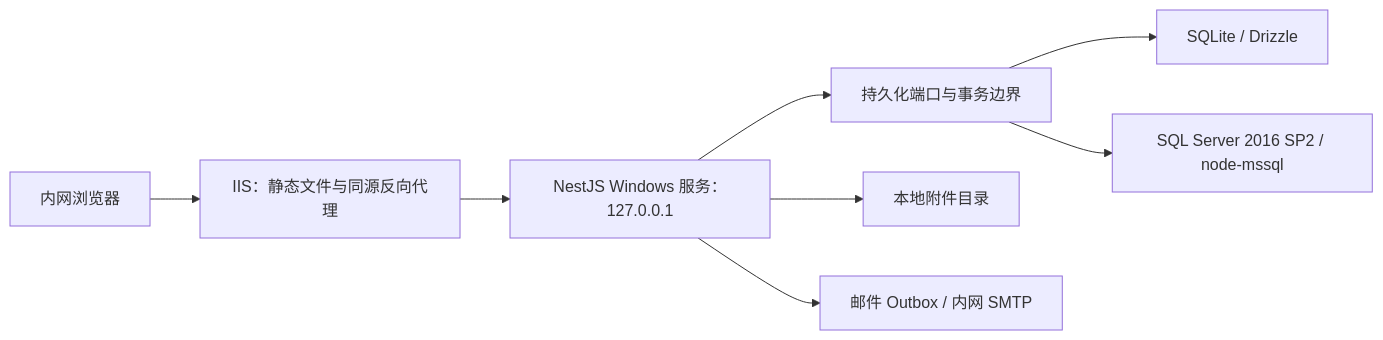
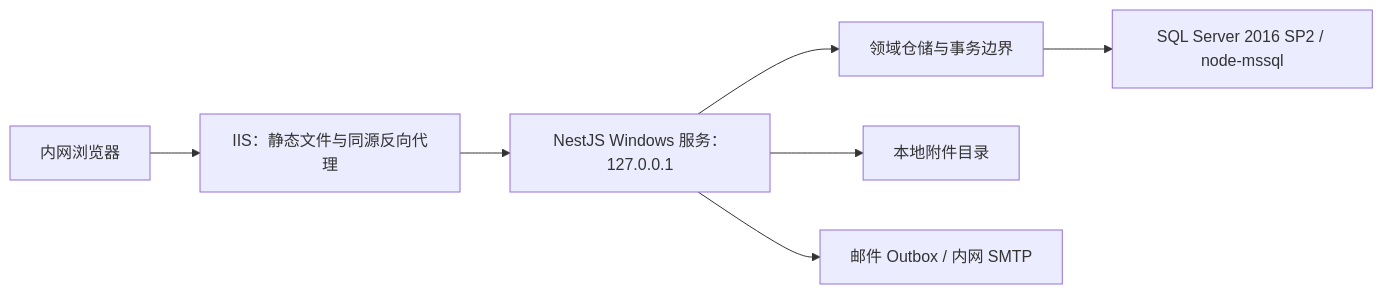
The diagram in document/BACKEND_IMPLEMENTATION_DESIGN.md (hdp00/processSite), drawn with Mermaid before and after one commit. The commit also changed other lines of this file and 10 other files, not shown here.

````diff
--- a/document/BACKEND_IMPLEMENTATION_DESIGN.md
+++ b/document/BACKEND_IMPLEMENTATION_DESIGN.md
@@ -28,10 +28,9 @@
 ```mermaid
 flowchart LR
     B["内网浏览器"] --> I["IIS：静态文件与同源反向代理"]
     I --> N["NestJS Windows 服务：127.0.0.1"]
-    N --> P["持久化端口与事务边界"]
-    P --> S["SQLite / Drizzle"]
+    N --> P["领域仓储与事务边界"]
     P --> M["SQL Server 2016 SP2 / node-mssql"]
     N --> F["本地附件目录"]
     N --> O["邮件 Outbox / 内网 SMTP"]
 ```
````
